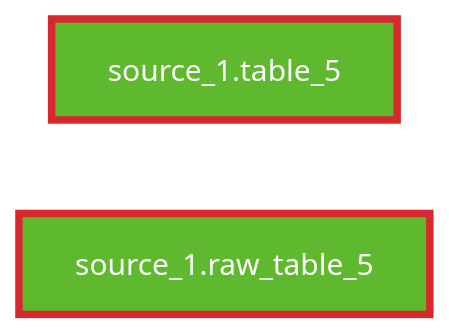
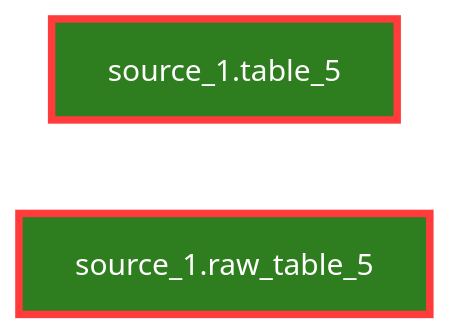
The fifth of 21 diagrams in docs/rules/modeling.md (dbt-labs/dbt-project-evaluator), drawn with Mermaid (neutral theme) before and after one commit. The commit also changed other lines of this file and 6 other files, not shown here.

Commit message:
Readable Mermaid diagrams in both color schemes; scope the source selection note to dbt check

````diff
--- a/docs/rules/modeling.md
+++ b/docs/rules/modeling.md
@@ -115,9 +115,9 @@
 ```mermaid
 flowchart LR
-    classDef source fill:#5eb92f,stroke:#3d8a1c,color:#fff
-    classDef flagged stroke:#d9272e,stroke-width:4px
+    classDef source fill:#2e7d1e,stroke:#1f5a13,color:#fff
+    classDef flagged stroke:#ff3b3b,stroke-width:4px
     source_1_table_5["source_1.table_5"]:::source
     source_1_raw_table_5["source_1.raw_table_5"]:::source
     class source_1_table_5 flagged
     class source_1_raw_table_5 flagged
 ```
````
